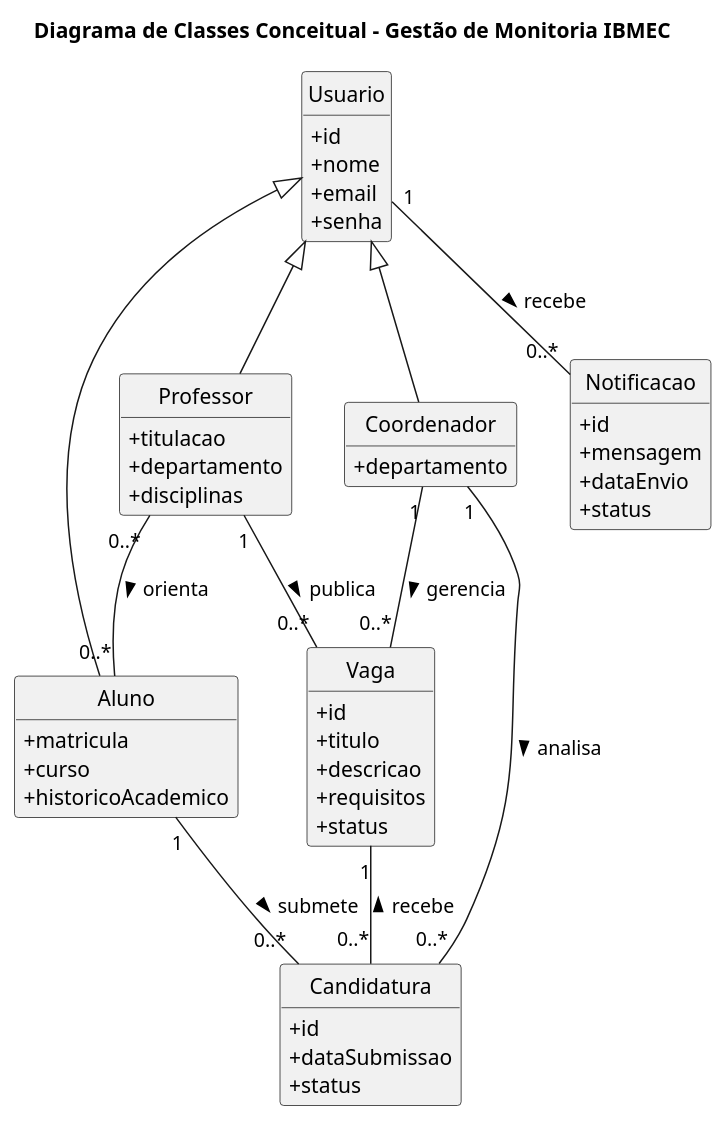
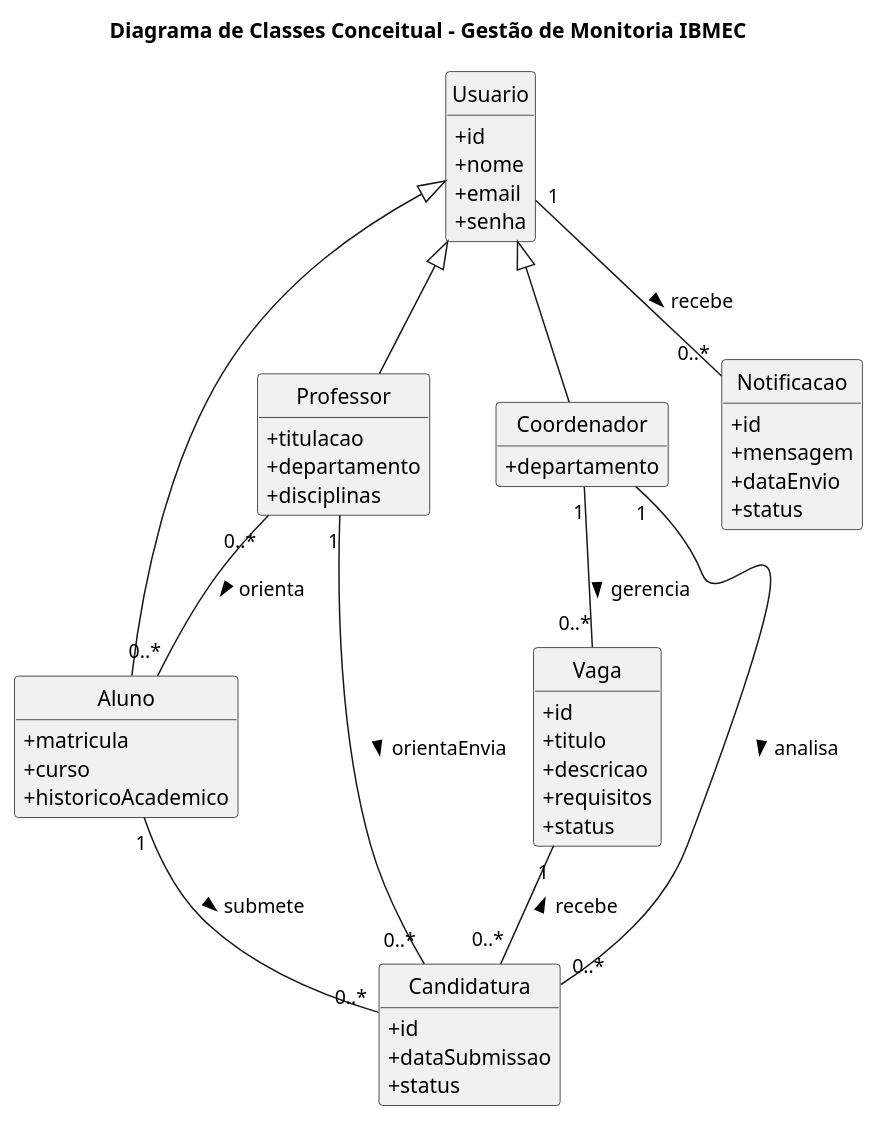
The diagram in site/Elaboracao/plantuml-project/diagrams/diagrama_classes_conceitual.puml (Projetos-de-Extensao/PBE_25.2_8001_III), drawn with PlantUML before and after one commit. The commit also changed 1 other file, not shown here.

Commit message:
diagrama

```diff
--- a/site/Elaboracao/plantuml-project/diagrams/diagrama_classes_conceitual.puml
+++ b/site/Elaboracao/plantuml-project/diagrams/diagrama_classes_conceitual.puml
@@ -1,66 +1,66 @@
 @startuml
 ' Definição de estilo
 skinparam classAttributeIconSize 0
 skinparam style strictuml
 hide empty members
 
 ' Título do Diagrama
 title Diagrama de Classes Conceitual - Gestão de Monitoria IBMEC
 
 ' --- Classes ---
 
 class Usuario {
   +id
   +nome
   +email
   +senha
 }
 
 class Aluno extends Usuario {
   +matricula
   +curso
   +historicoAcademico
 }
 
 class Coordenador extends Usuario {
   +departamento
 }
 
 class Professor extends Usuario {
   +titulacao
   +departamento
   +disciplinas
 }
 
 class Vaga {
   +id
   +titulo
   +descricao
   +requisitos
   +status
 }
 
 class Candidatura {
   +id
   +dataSubmissao
   +status
 }
 
 class Notificacao {
   +id
   +mensagem
   +dataEnvio
   +status
 }
 
 ' --- Relacionamentos ---
 
 Coordenador "1" -- "0..*" Vaga : gerencia >
 Vaga "1" -- "0..*" Candidatura : recebe <
 Aluno "1" -- "0..*" Candidatura : submete >
 Coordenador "1" -- "0..*" Candidatura : analisa >
 Usuario "1" -- "0..*" Notificacao : recebe >
-Professor "1" -- "0..*" Vaga : publica >
 Professor "0..*" -- "0..*" Aluno : orienta >
+Professor "1" -- "0..*" Candidatura : orientaEnvia >
 
 @enduml
```
